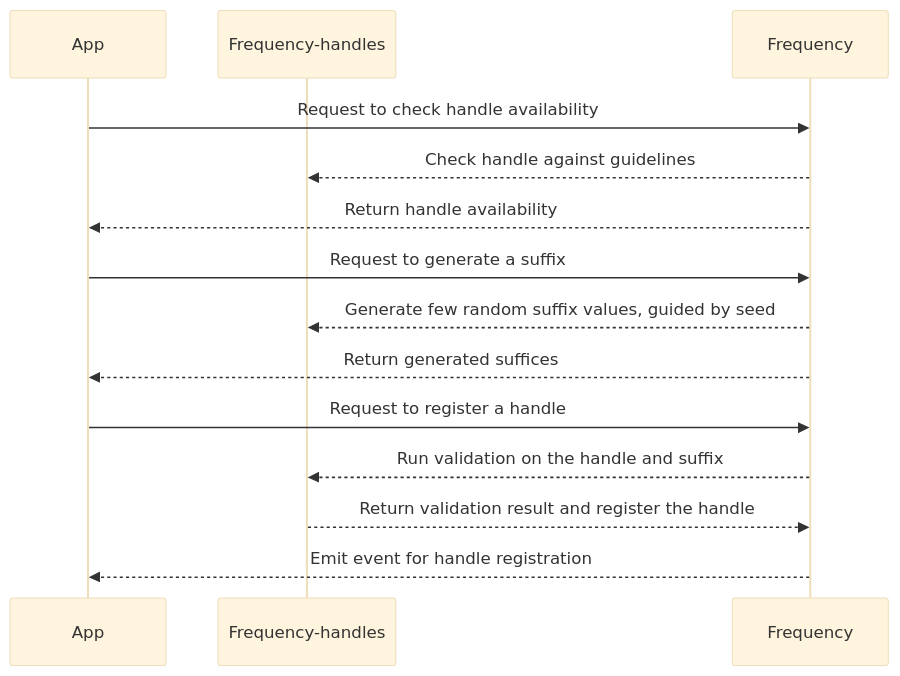
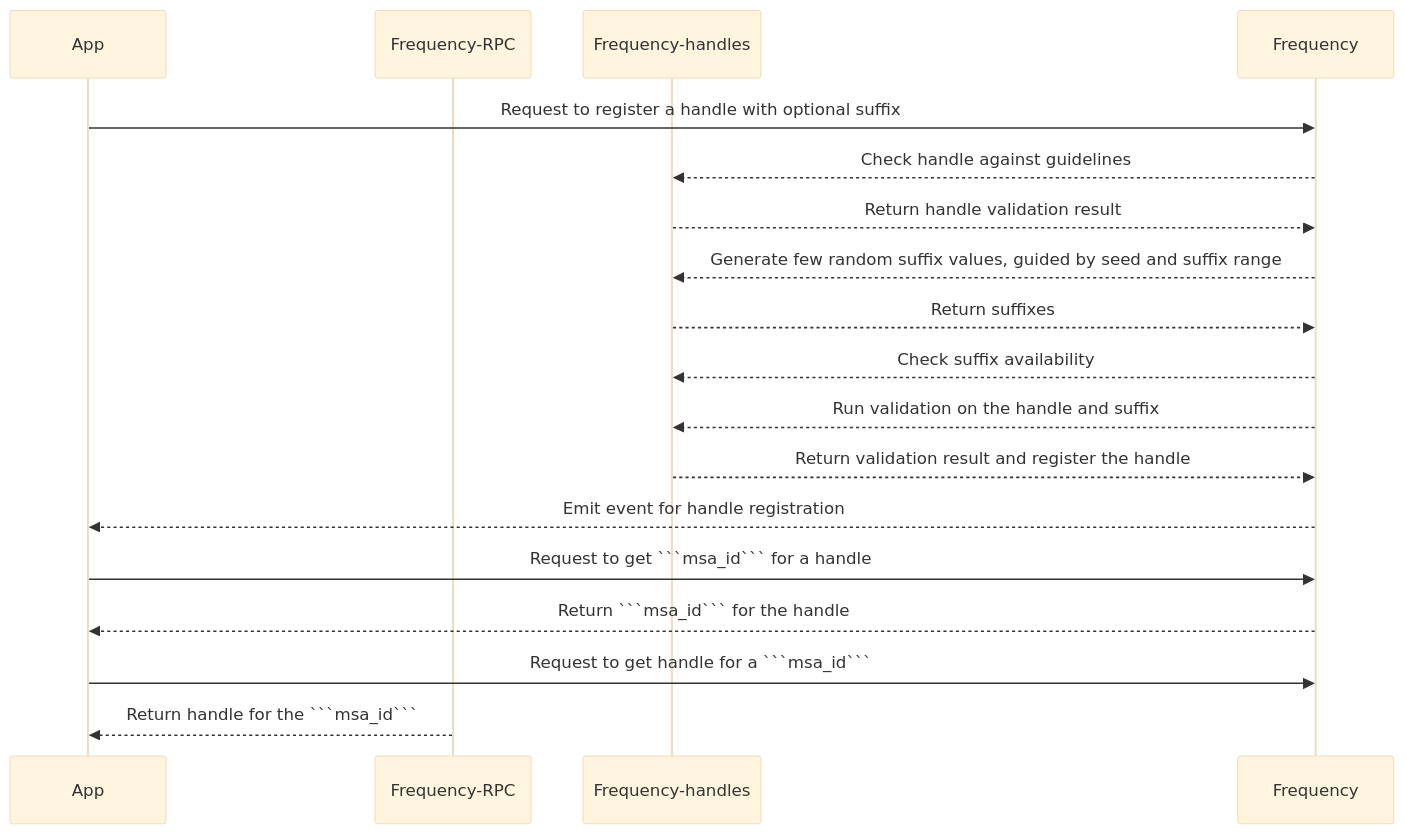
One commit to frequency-chain/frequency changed the second of 2 diagrams in designdocs/user-handles.md. Above: the diagram before and after it, drawn with Mermaid (base theme).

Commit message:
simplify crate seq

````diff
--- a/designdocs/user-handles.md
+++ b/designdocs/user-handles.md
@@ -289,15 +289,20 @@
 ```mermaid
 sequenceDiagram
     participant App
+    participant Frequency-RPC
     participant Frequency-handles
-    App->>Frequency: Request to check handle availability
+    participant Frequency
+    App->>Frequency: Request to register a handle with optional suffix
     Frequency-->>Frequency-handles: Check handle against guidelines
-    Frequency -->> App: Return handle availability
-    App->>Frequency: Request to generate a suffix
-    Frequency-->>Frequency-handles: Generate few random suffix values, guided by seed
-    Frequency-->>App: Return generated suffices
-    App->>Frequency: Request to register a handle
+    Frequency-handles-->>Frequency: Return handle validation result
+    Frequency-->>Frequency-handles: Generate few random suffix values, guided by seed and suffix range
+    Frequency-handles-->>Frequency: Return suffixes
+    Frequency-->>Frequency-handles: Check suffix availability
     Frequency-->>Frequency-handles: Run validation on the handle and suffix
     Frequency-handles-->>Frequency: Return validation result and register the handle
     Frequency-->>App: Emit event for handle registration
+    App->>Frequency: Request to get ```msa_id``` for a handle
+    Frequency -->> App: Return ```msa_id``` for the handle
+    App->>Frequency: Request to get handle for a ```msa_id```
+    Frequency-RPC -->> App: Return handle for the ```msa_id```
 ```
````
